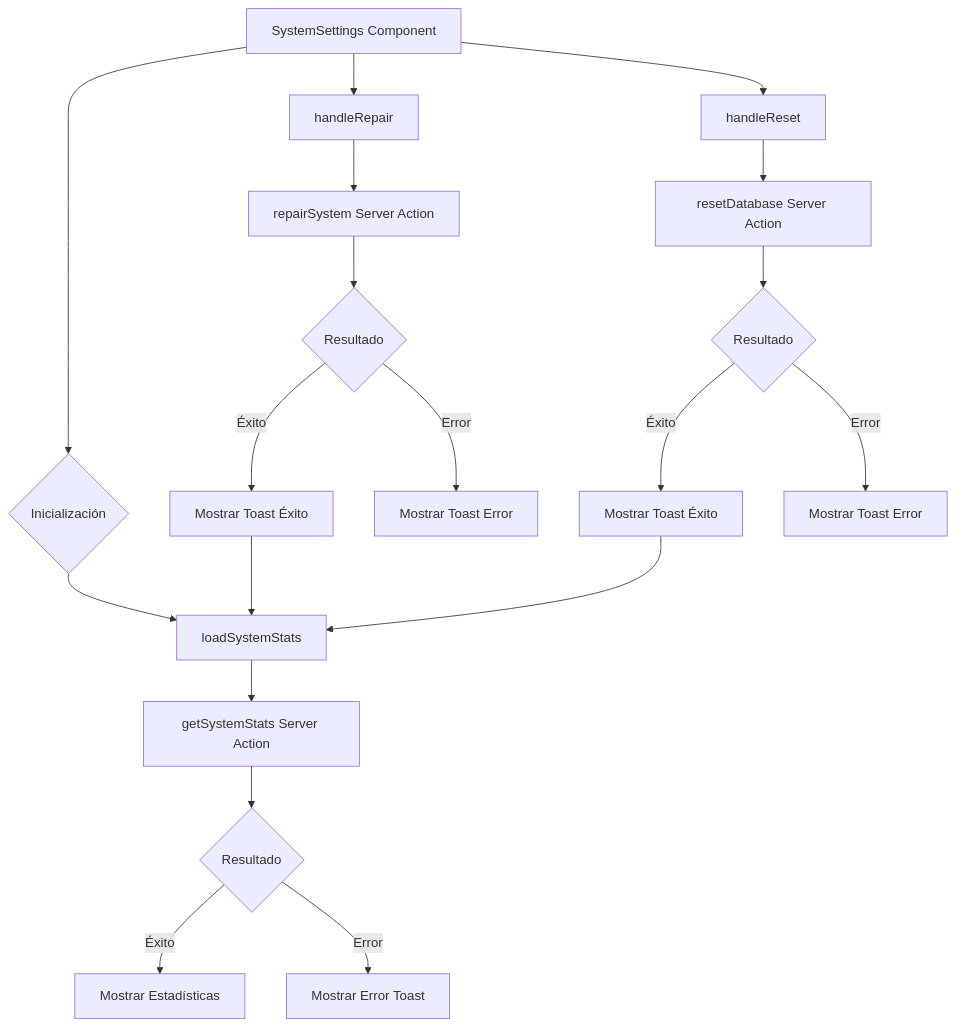
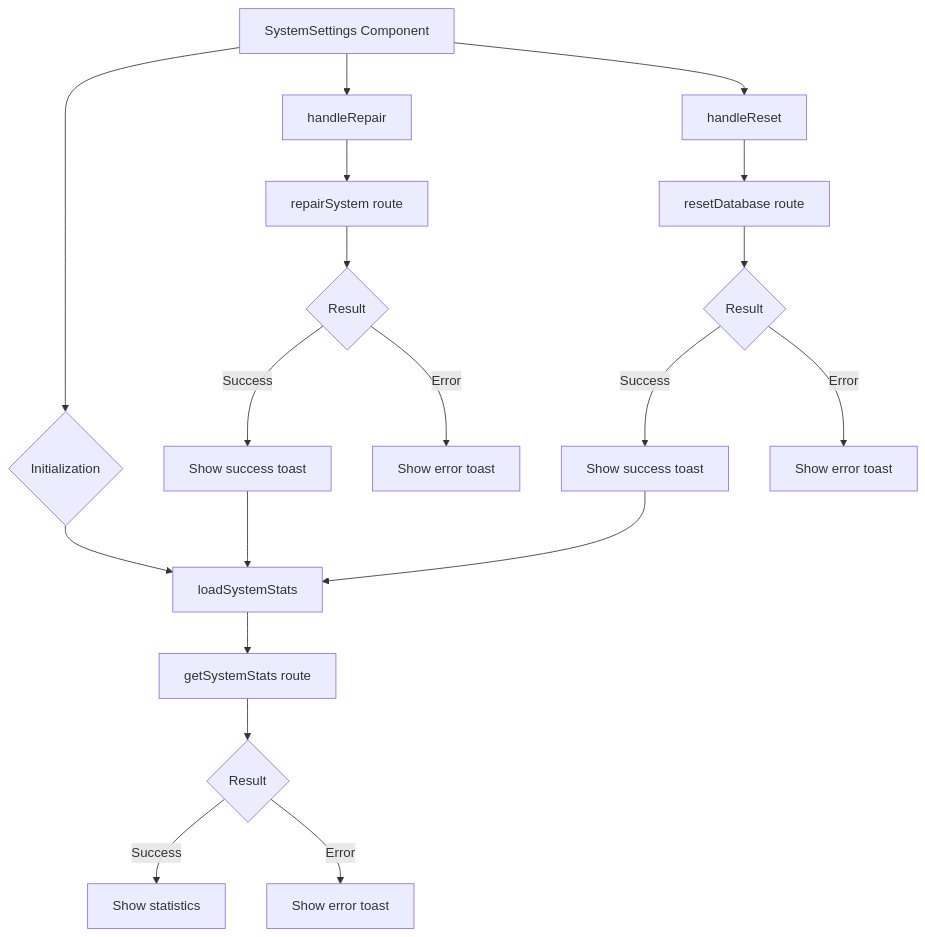
Before and after one commit to gvastethecreator/media-manager: the diagram in src/components/settings/system/README.md, drawn with Mermaid. The commit also changed other lines of this file and 98 other files, not shown here.

Commit message:
docs: initialize comprehensive architectural documentation and component-level README files across the repository.

````diff
--- a/src/components/settings/system/README.md
+++ b/src/components/settings/system/README.md
@@ -17,23 +19,23 @@
 ```mermaid
 graph TD
-    A[SystemSettings Component] --> B{Inicialización}
+    A[SystemSettings Component] --> B{Initialization}
     B --> C[loadSystemStats]
-    C --> D[getSystemStats Server Action]
-    D --> E{Resultado}
-    E -->|Éxito| F[Mostrar Estadísticas]
-    E -->|Error| G[Mostrar Error Toast]
+    C --> D[getSystemStats route]
+    D --> E{Result}
+    E -->|Success| F[Show statistics]
+    E -->|Error| G[Show error toast]
 
     A --> H[handleRepair]
-    H --> I[repairSystem Server Action]
-    I --> J{Resultado}
-    J -->|Éxito| K[Mostrar Toast Éxito]
-    J -->|Error| L[Mostrar Toast Error]
+    H --> I[repairSystem route]
+    I --> J{Result}
+    J -->|Success| K[Show success toast]
+    J -->|Error| L[Show error toast]
     K --> C
 
     A --> M[handleReset]
-    M --> N[resetDatabase Server Action]
-    N --> O{Resultado}
-    O -->|Éxito| P[Mostrar Toast Éxito]
-    O -->|Error| Q[Mostrar Toast Error]
+    M --> N[resetDatabase route]
+    N --> O{Result}
+    O -->|Success| P[Show success toast]
+    O -->|Error| Q[Show error toast]
     P --> C
 ```
````
